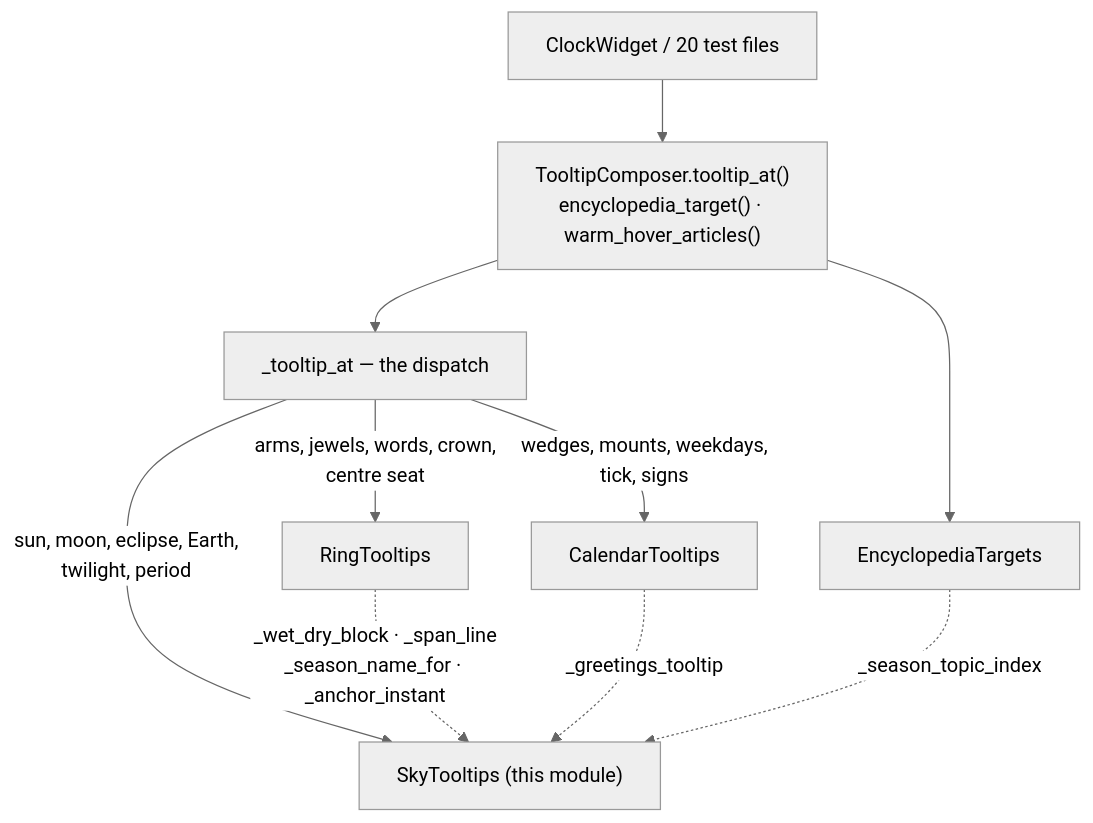
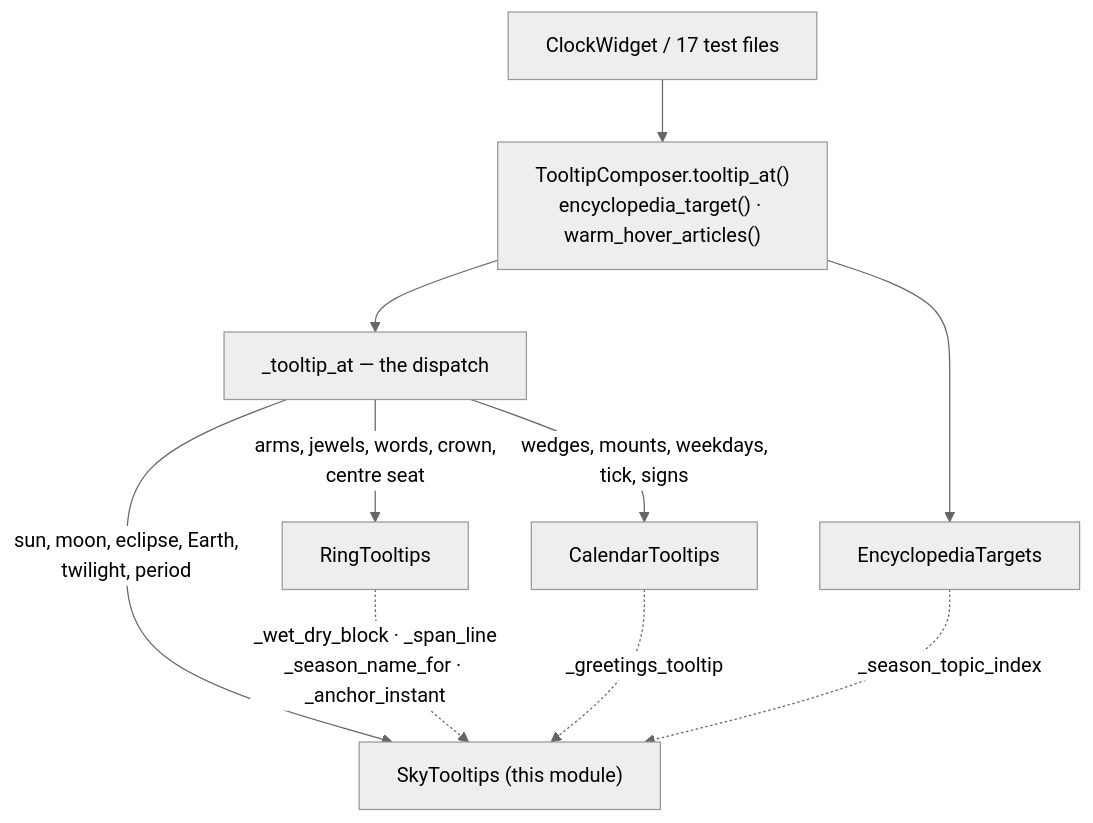
One commit to UVuruna/Watch-Academy changed the first of 2 diagrams in desktop/render/__flow/tooltip_sky.md. Above: the diagram before and after it, drawn with Mermaid (neutral theme).

Commit message:
0.15.128 One more stale count in the sky flow diagram

````diff
--- a/desktop/render/__flow/tooltip_sky.md
+++ b/desktop/render/__flow/tooltip_sky.md
@@ -7,12 +7,12 @@
 ```mermaid
 flowchart TB
-    W["ClockWidget / 20 test files"] --> D["TooltipComposer.tooltip_at()\nencyclopedia_target() · warm_hover_articles()"]
+    W["ClockWidget / 17 test files"] --> D["TooltipComposer.tooltip_at()\nencyclopedia_target() · warm_hover_articles()"]
     D --> X["_tooltip_at — the dispatch"]
     X -->|sun, moon, eclipse, Earth,\ntwilight, period| S["SkyTooltips (this module)"]
     X -->|arms, jewels, words, crown,\ncentre seat| R[RingTooltips]
     X -->|wedges, mounts, weekdays,\ntick, signs| C[CalendarTooltips]
     D --> E[EncyclopediaTargets]
     R -.->|_wet_dry_block · _span_line\n_season_name_for · _anchor_instant| S
     C -.->|_greetings_tooltip| S
     E -.->|_season_topic_index| S
 ```
````
